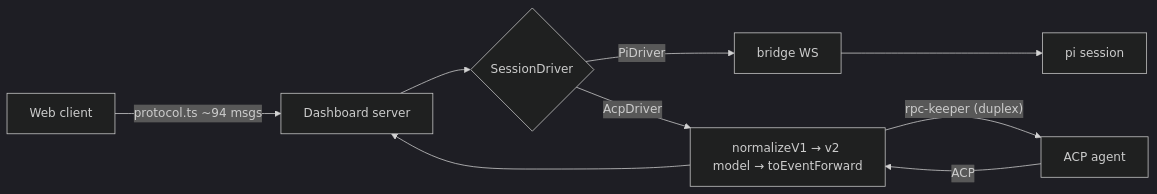
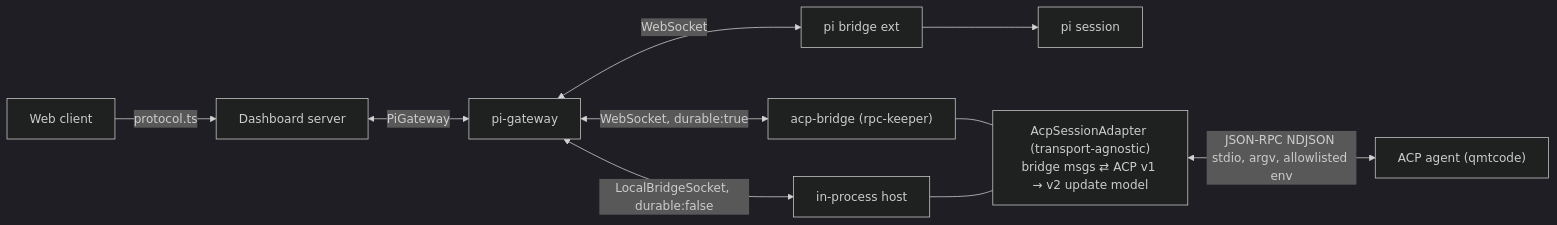
Before and after one commit to BlackBeltTechnology/pi-agent-dashboard: the first of 2 diagrams in docs/research/querymt-agent-backend.md, drawn with Mermaid (dark theme). The commit also changed other lines of this file and 30 other files, not shown here.

Commit message:
test(acp): playwright e2e + harness fake agents; fix replay_complete, idle steer, host B credential import, silent roles refusal; docs

````diff
--- a/docs/research/querymt-agent-backend.md
+++ b/docs/research/querymt-agent-backend.md
@@ -117,11 +117,11 @@
 ```mermaid
 flowchart LR
-  C[Web client] -- protocol.ts ~94 msgs --> S[Dashboard server]
-  S --> D{SessionDriver}
-  D -- "PiDriver" --> B[bridge WS]
-  B --> P[pi session]
-  D -- "AcpDriver" --> N["normalizeV1 → v2 model → toEventForward"]
-  N --> S
-  N -- "rpc-keeper (duplex)" --> Q["ACP agent"]
-  Q -- ACP --> N
+  C[Web client] -- protocol.ts --> S[Dashboard server]
+  S <-->|"PiGateway"| GW[pi-gateway]
+  GW <-->|WebSocket| PB[pi bridge ext] --> P[pi session]
+  GW <-->|"WebSocket, durable:true"| HB["acp-bridge (rpc-keeper)"]
+  GW <-->|"LocalBridgeSocket, durable:false"| HA[in-process host]
+  HB --- CORE
+  HA --- CORE
+  CORE["AcpSessionAdapter (transport-agnostic)<br/>bridge msgs ⇄ ACP v1 → v2 update model"] <-->|"JSON-RPC NDJSON stdio, argv, allowlisted env"| Q["ACP agent (qmtcode)"]
 ```
````
